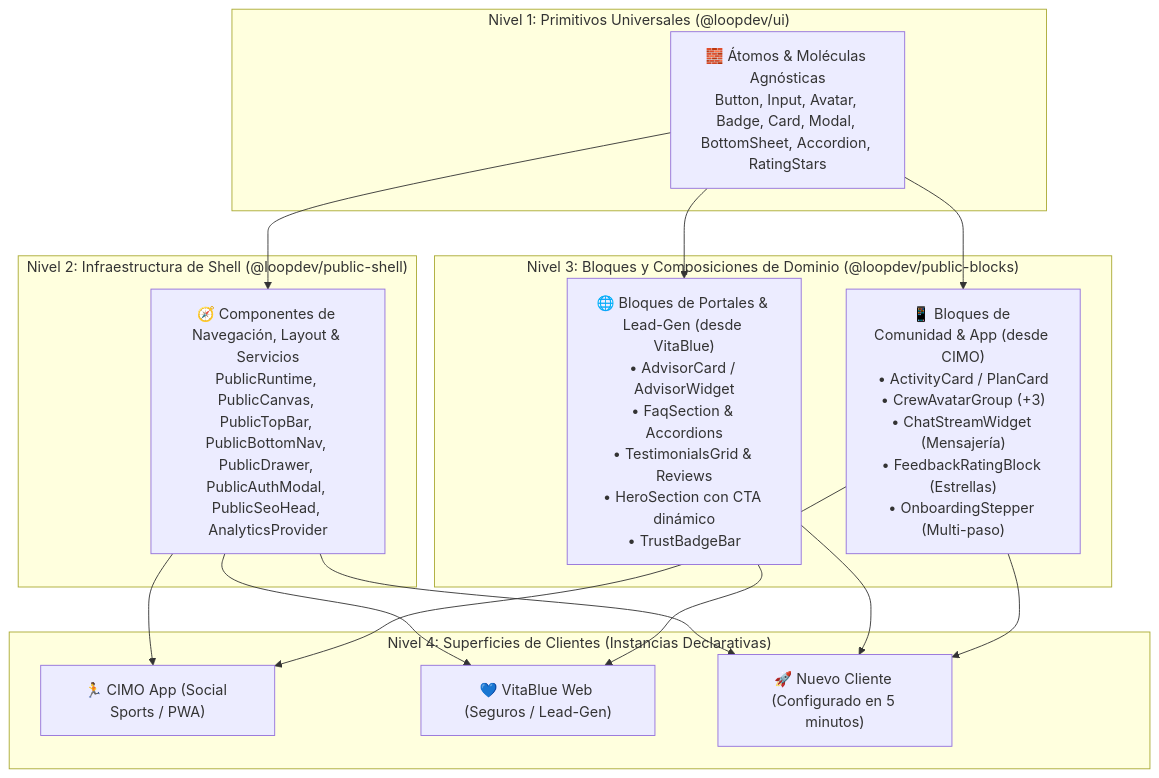
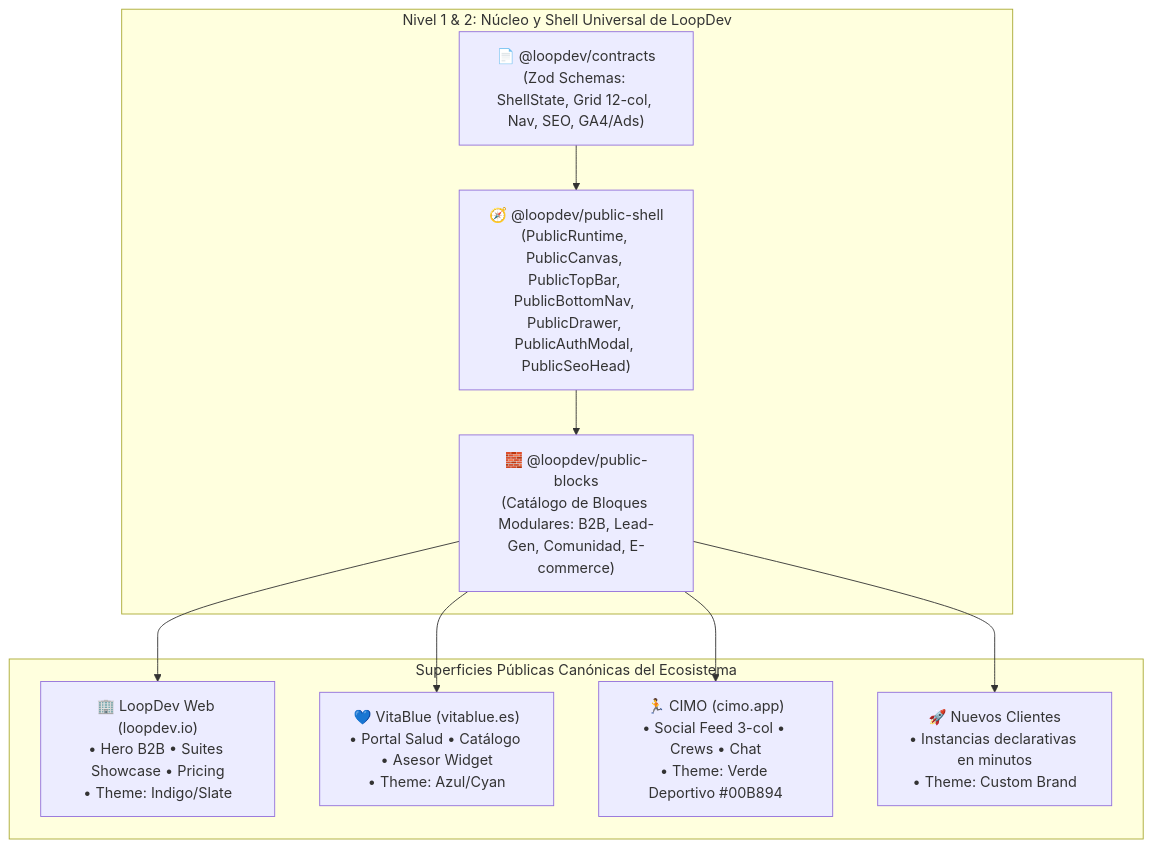
Before and after one commit to minoveaz/loopdev: the diagram in tracks/active/platform/2026-08-28-public-shell-foundation.md, drawn with Mermaid. The commit also changed other lines of this file and 1 other file, not shown here.

Commit message:
docs(tracks): solidify universal multi-client public shell track (LoopDev, VitaBlue, CIMO, future clients)

````diff
--- a/tracks/active/platform/2026-08-28-public-shell-foundation.md
+++ b/tracks/active/platform/2026-08-28-public-shell-foundation.md
@@ -38,32 +36,22 @@
 ```mermaid
 graph TD
-    subgraph "Nivel 1: Primitivos Universales (@loopdev/ui)"
-        ATOMS["🧱 Átomos & Moléculas Agnósticas<br>Button, Input, Avatar, Badge, Card, Modal, BottomSheet, Accordion, RatingStars"]
+    subgraph "Nivel 1 & 2: Núcleo y Shell Universal de LoopDev"
+        CONTRACTS["📄 @loopdev/contracts<br>(Zod Schemas: ShellState, Grid 12-col, Nav, SEO, GA4/Ads)"]
+        SHELL["🧭 @loopdev/public-shell<br>(PublicRuntime, PublicCanvas, PublicTopBar, PublicBottomNav, PublicDrawer, PublicAuthModal, PublicSeoHead)"]
+        BLOCKS["🧱 @loopdev/public-blocks<br>(Catálogo de Bloques Modulares: B2B, Lead-Gen, Comunidad, E-commerce)"]
     end
 
-    subgraph "Nivel 2: Infraestructura de Shell (@loopdev/public-shell)"
-        SHELL_COMPS["🧭 Componentes de Navegación, Layout & Servicios<br>PublicRuntime, PublicCanvas, PublicTopBar, PublicBottomNav, PublicDrawer, PublicAuthModal, PublicSeoHead, AnalyticsProvider"]
+    subgraph "Superficies Públicas Canónicas del Ecosistema"
+        LOOPDEV_PUB["🏢 LoopDev Web (loopdev.io)<br>• Hero B2B • Suites Showcase • Pricing<br>• Theme: Indigo/Slate"]
+        VITA_PUB["💙 VitaBlue (vitablue.es)<br>• Portal Salud • Catálogo • Asesor Widget<br>• Theme: Azul/Cyan"]
+        CIMO_PUB["🏃 CIMO (cimo.app)<br>• Social Feed 3-col • Crews • Chat<br>• Theme: Verde Deportivo #00B894"]
+        FUTURO_PUB["🚀 Nuevos Clientes<br>• Instancias declarativas en minutos<br>• Theme: Custom Brand"]
     end
 
-    subgraph "Nivel 3: Bloques y Composiciones de Dominio (@loopdev/public-blocks)"
-        VITA_BLOCKS["🌐 Bloques de Portales & Lead-Gen (desde VitaBlue)<br>• AdvisorCard / AdvisorWidget<br>• FaqSection & Accordions<br>• TestimonialsGrid & Reviews<br>• HeroSection con CTA dinámico<br>• TrustBadgeBar"]
-        CIMO_BLOCKS["📱 Bloques de Comunidad & App (desde CIMO)<br>• ActivityCard / PlanCard<br>• CrewAvatarGroup (+3)<br>• ChatStreamWidget (Mensajería)<br>• FeedbackRatingBlock (Estrellas)<br>• OnboardingStepper (Multi-paso)"]
-    end
-
-    subgraph "Nivel 4: Superficies de Clientes (Instancias Declarativas)"
-        CIMO_APP["🏃 CIMO App (Social Sports / PWA)"]
-        VITA_APP["💙 VitaBlue Web (Seguros / Lead-Gen)"]
-        FUTURO_APP["🚀 Nuevo Cliente (Configurado en 5 minutos)"]
-    end
-
-    ATOMS --> SHELL_COMPS
-    ATOMS --> VITA_BLOCKS
-    ATOMS --> CIMO_BLOCKS
-    SHELL_COMPS --> CIMO_APP
-    SHELL_COMPS --> VITA_APP
-    SHELL_COMPS --> FUTURO_APP
-    VITA_BLOCKS --> VITA_APP
-    VITA_BLOCKS --> FUTURO_APP
-    CIMO_BLOCKS --> CIMO_APP
-    CIMO_BLOCKS --> FUTURO_APP
+    CONTRACTS --> SHELL
+    SHELL --> BLOCKS
+    BLOCKS --> LOOPDEV_PUB
+    BLOCKS --> VITA_PUB
+    BLOCKS --> CIMO_PUB
+    BLOCKS --> FUTURO_PUB
 ```
````
